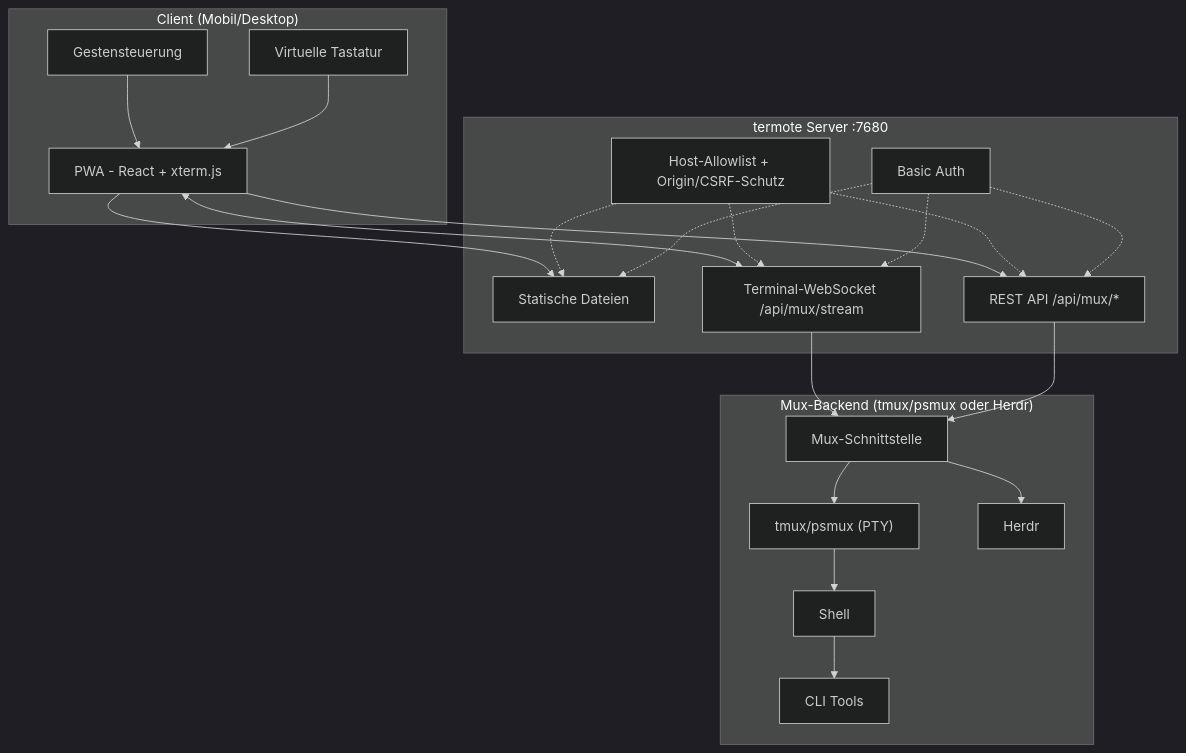
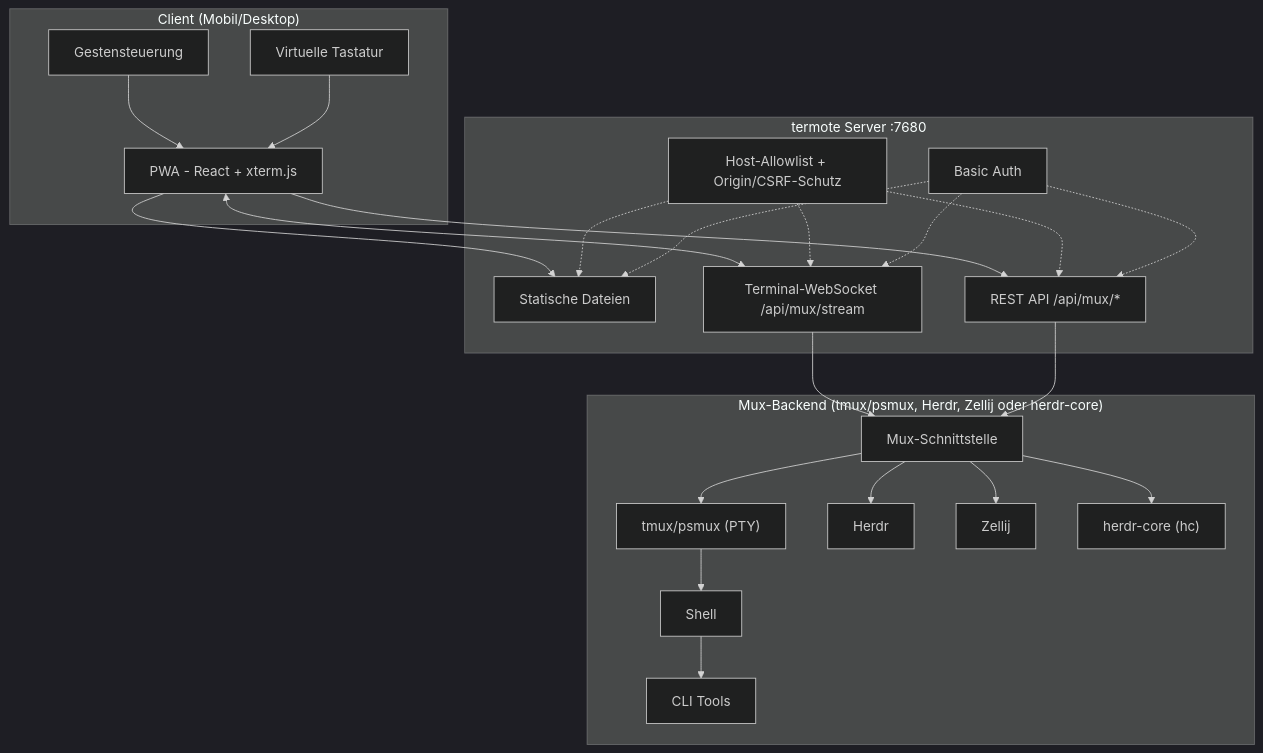
One commit to lamngockhuong/termote changed the first of 2 diagrams in README.de.md. Above: the diagram before and after it, drawn with Mermaid (dark theme). The commit also changed other lines of this file and 14 other files, not shown here.

````diff
--- a/README.de.md
+++ b/README.de.md
@@ -91,36 +93,38 @@
 ```mermaid
 flowchart TB
     subgraph Client["Client (Mobil/Desktop)"]
         PWA["PWA - React + xterm.js"]
         Gestures["Gestensteuerung"]
         Keyboard["Virtuelle Tastatur"]
     end
 
     subgraph Server["termote Server :7680"]
         Static["Statische Dateien"]
         Stream["Terminal-WebSocket /api/mux/stream"]
         API["REST API /api/mux/*"]
         Guard["Host-Allowlist + Origin/CSRF-Schutz"]
         Auth["Basic Auth"]
     end
 
-    subgraph Backend["Mux-Backend (tmux/psmux oder Herdr)"]
+    subgraph Backend["Mux-Backend (tmux/psmux, Herdr, Zellij oder herdr-core)"]
         Mux["Mux-Schnittstelle"]
         tmux["tmux/psmux (PTY)"]
         herdr["Herdr"]
+        zellij["Zellij"]
+        hc["herdr-core (hc)"]
         Shell["Shell"]
         Tools["CLI Tools"]
     end
 
     Gestures --> PWA
     Keyboard --> PWA
     PWA --> Static
     PWA <--> Stream
     PWA --> API
     Guard -.-> Static & Stream & API
     Auth -.-> Static & Stream & API
     Stream --> Mux
     API --> Mux
-    Mux --> tmux & herdr
+    Mux --> tmux & herdr & zellij & hc
     tmux --> Shell --> Tools
 ```
````
